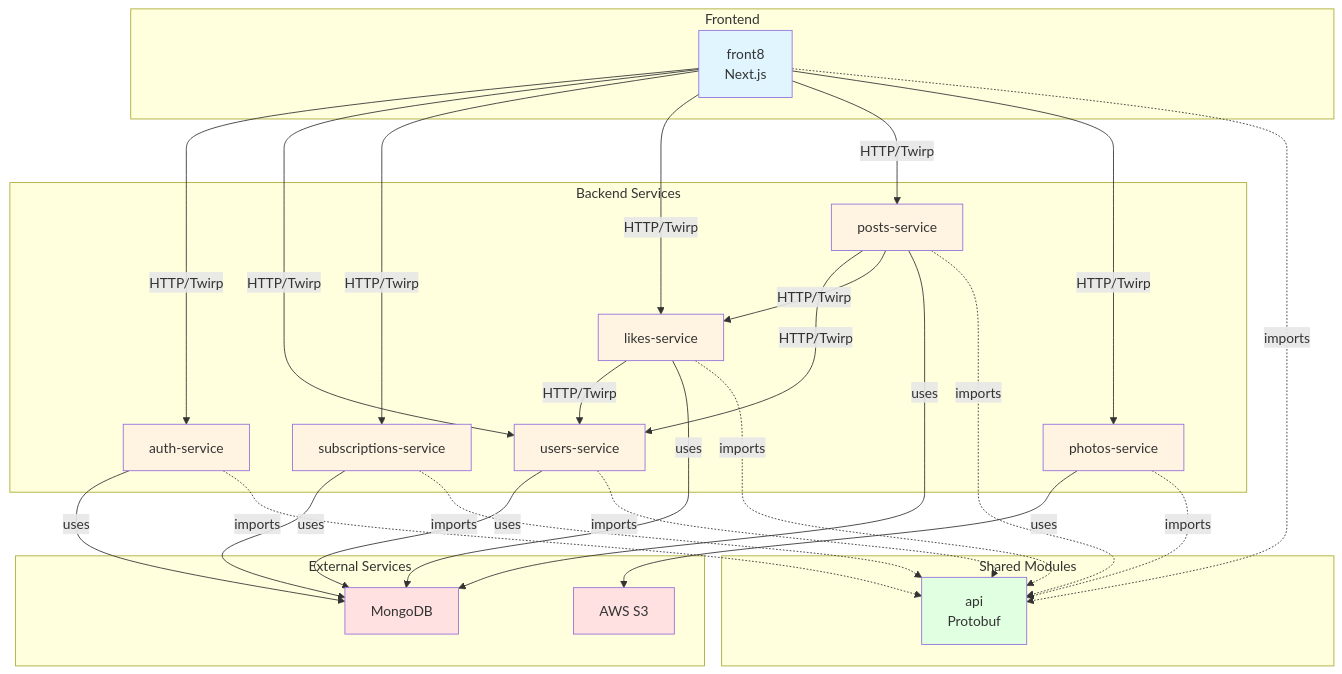
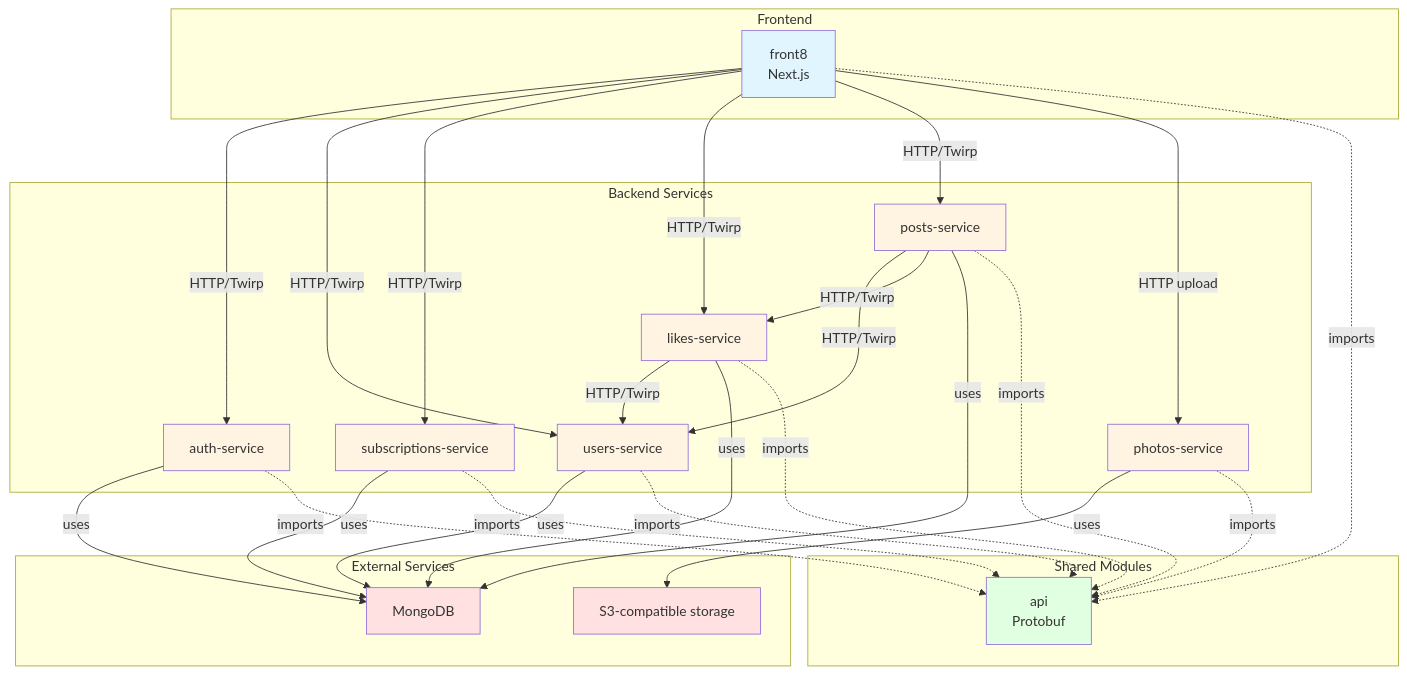
Before and after one commit to materkov/meme9: the diagram in SERVICE_DEPENDENCIES.md, drawn with Mermaid. The commit also changed other lines of this file and 2 other files, not shown here.

````diff
--- a/SERVICE_DEPENDENCIES.md
+++ b/SERVICE_DEPENDENCIES.md
@@ -7,66 +7,66 @@
 ```mermaid
 graph TD
     subgraph External[External Services]
         MongoDB[MongoDB]
-        S3[AWS S3]
+        S3[S3-compatible storage]
     end
     
     subgraph Shared[Shared Modules]
         API[api<br/>Protobuf]
     end
     
     subgraph Backend[Backend Services]
         auth[auth-service]
         users[users-service]
         subscriptions[subscriptions-service]
         likes[likes-service]
         posts[posts-service]
         photos[photos-service]
     end
     
     subgraph Frontend[Frontend]
         front8[front8<br/>Next.js]
     end
     
     %% Frontend dependencies
     front8 -->|HTTP/Twirp| auth
     front8 -->|HTTP/Twirp| users
     front8 -->|HTTP/Twirp| subscriptions
     front8 -->|HTTP/Twirp| likes
     front8 -->|HTTP/Twirp| posts
-    front8 -->|HTTP/Twirp| photos
+    front8 -->|HTTP upload| photos
     
     %% Service dependencies
     posts -->|HTTP/Twirp| users
     posts -->|HTTP/Twirp| likes
     
     likes -->|HTTP/Twirp| users
     
     %% External dependencies
     auth -->|uses| MongoDB
     users -->|uses| MongoDB
     subscriptions -->|uses| MongoDB
     likes -->|uses| MongoDB
     posts -->|uses| MongoDB
     photos -->|uses| S3
     
     %% Shared dependencies
     auth -.->|imports| API
     users -.->|imports| API
     subscriptions -.->|imports| API
     likes -.->|imports| API
     posts -.->|imports| API
     photos -.->|imports| API
     front8 -.->|imports| API
     
     style front8 fill:#e1f5ff
     style auth fill:#fff4e1
     style users fill:#fff4e1
     style subscriptions fill:#fff4e1
     style likes fill:#fff4e1
     style posts fill:#fff4e1
     style photos fill:#fff4e1
     style MongoDB fill:#ffe1e1
     style S3 fill:#ffe1e1
     style API fill:#e1ffe1
 ```
````
